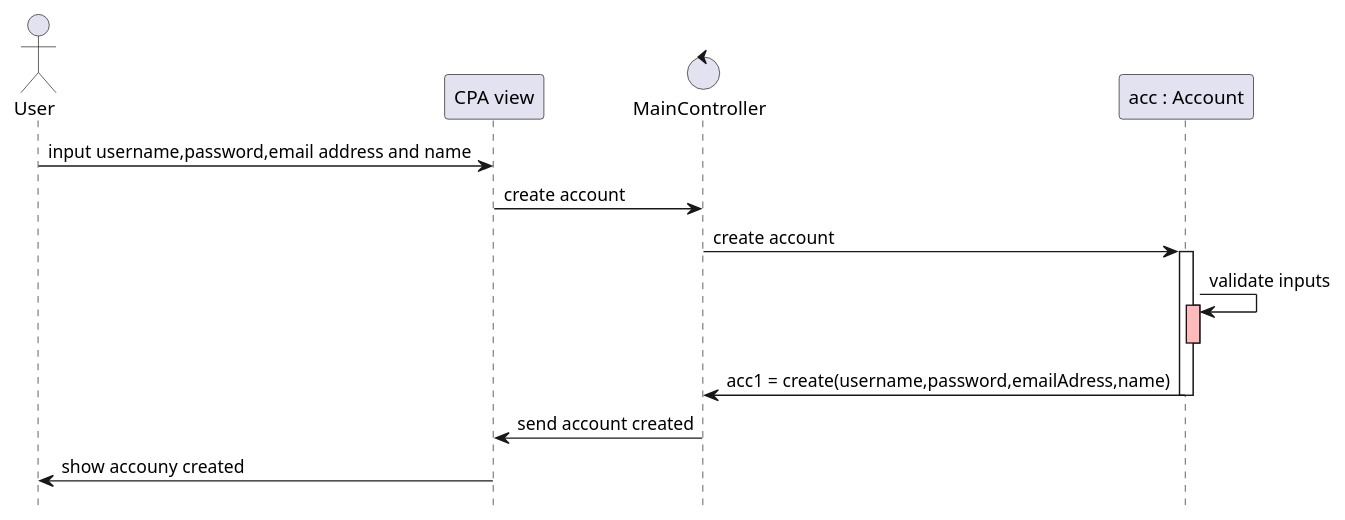
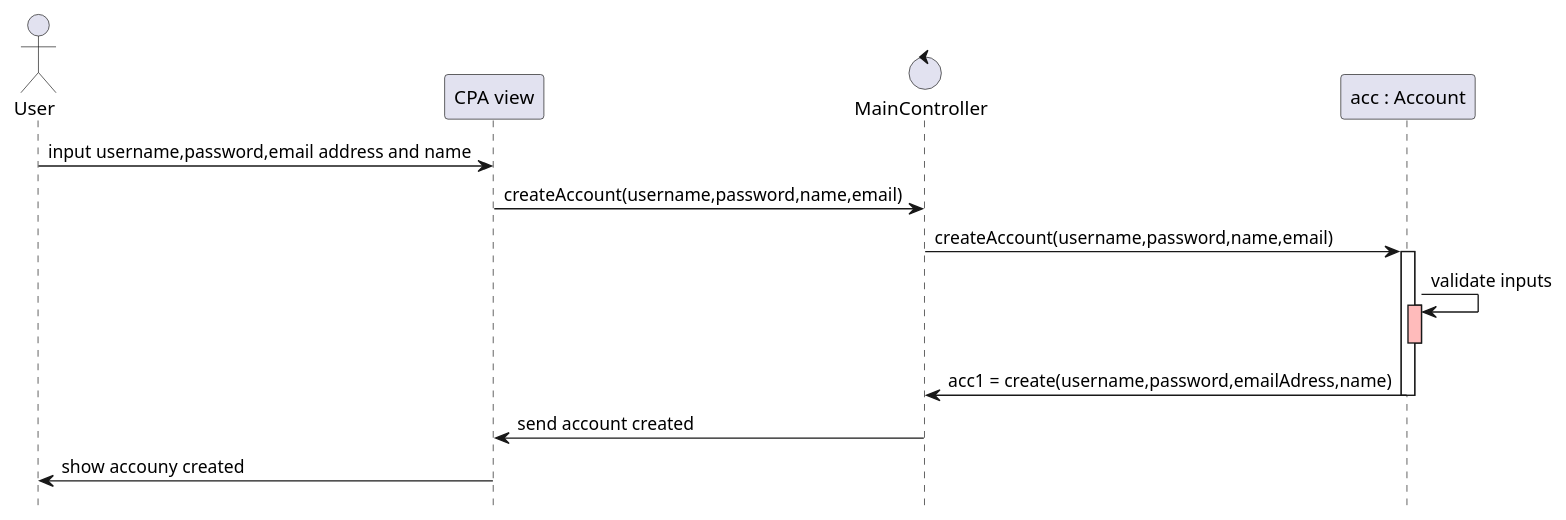
Before and after one commit to PriyaMulla/Carpool-Connect-VC: the second of 5 diagrams in doc/design.md, drawn with PlantUML. The commit also changed other lines of this file, not shown here.

Commit message:
changes to seq diagram

````diff
--- a/doc/design.md
+++ b/doc/design.md
@@ -62,31 +62,31 @@
 ```plantuml
 @startuml
 hide footbox
 
 'ACTORS
 actor User as user
 participant "CPA view" as system
 control "MainController" as controller
 participant "acc : Account" as account
 
 
 
 user -> system : input username,password,email address and name 
-system -> controller : create account
-controller -> account : create account
+system -> controller : createAccount(username,password,name,email)
+controller -> account : createAccount(username,password,name,email)
 
 activate account
 
 account -> account : validate inputs
 activate account #FFBBBB
 
 deactivate account
 
 account -> controller : acc1 = create(username,password,emailAdress,name)
 deactivate account
 controller -> system : send account created
 system -> user : show accouny created
 
 
 @enduml
 ```
````
